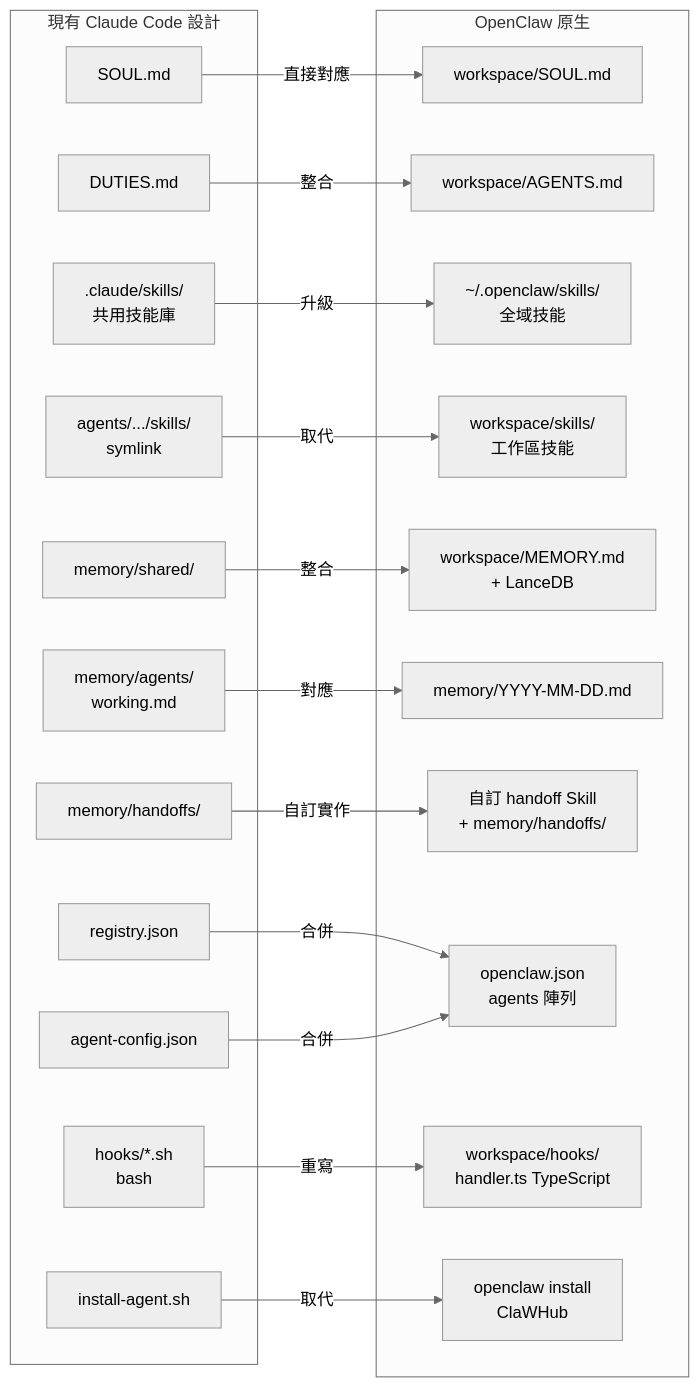
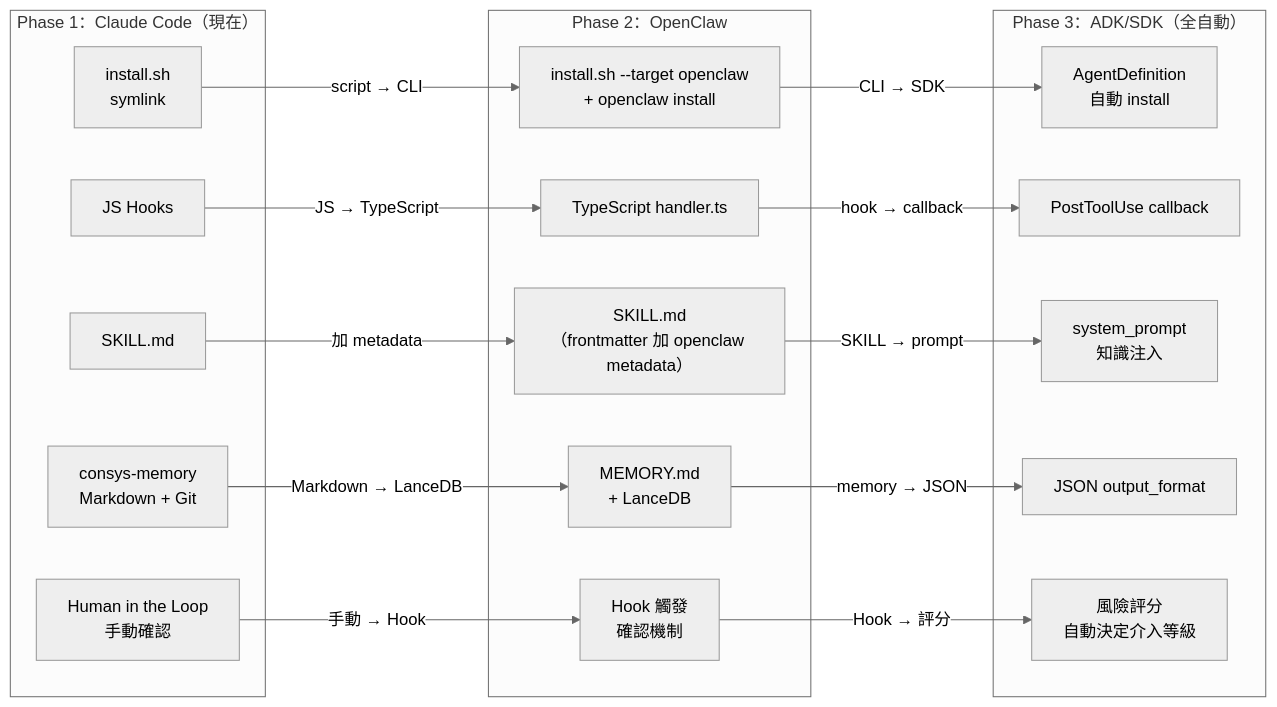
One commit to swchen44/testing changed the fourth of 4 diagrams in agents/agents-design.md. Above: the diagram before and after it, drawn with Mermaid (neutral theme). The commit also changed other lines of this file, not shown here.

First line of the commit message:
docs(design): v2.1 - Harness Engineering 架構、consys-experts 更名、環境變數設計

````diff
--- a/agents/agents-design.md
+++ b/agents/agents-design.md
@@ -714,40 +632,37 @@
 ```mermaid
-graph LR
-    subgraph 現有 Claude Code 設計
-        CC_SOUL[SOUL.md]
-        CC_DUTIES[DUTIES.md]
-        CC_SKILLS[.claude/skills/\n共用技能庫]
-        CC_SYMLINK[agents/.../skills/\nsymlink]
-        CC_MEM_S[memory/shared/]
-        CC_MEM_W[memory/agents/\nworking.md]
-        CC_MEM_H[memory/handoffs/]
-        CC_REG[registry.json]
-        CC_CFG[agent-config.json]
-        CC_HOOK[hooks/*.sh\nbash]
-        CC_INST[install-agent.sh]
+flowchart LR
+    subgraph Phase1["Phase 1：Claude Code（現在）"]
+        P1A[install.sh\nsymlink]
+        P1B[JS Hooks]
+        P1C[SKILL.md]
+        P1D[consys-memory\nMarkdown + Git]
+        P1E[Human in the Loop\n手動確認]
     end
 
-    subgraph OpenClaw 原生
-        OC_SOUL[workspace/SOUL.md]
-        OC_AGENTS[workspace/AGENTS.md]
-        OC_GSKILL[~/.openclaw/skills/\n全域技能]
-        OC_WSKILL[workspace/skills/\n工作區技能]
-        OC_MEMORY[workspace/MEMORY.md\n+ LanceDB]
-        OC_DAILY[memory/YYYY-MM-DD.md]
-        OC_HAND[自訂 handoff Skill\n+ memory/handoffs/]
-        OC_JSON[openclaw.json\nagents 陣列]
-        OC_HOOK[workspace/hooks/\nhandler.ts TypeScript]
-        OC_INST[openclaw install\nClaWHub]
+    subgraph Phase2["Phase 2：OpenClaw"]
+        P2A[install.sh --target openclaw\n+ openclaw install]
+        P2B[TypeScript handler.ts]
+        P2C[SKILL.md\n（frontmatter 加 openclaw metadata）]
+        P2D[MEMORY.md\n+ LanceDB]
+        P2E[Hook 觸發\n確認機制]
     end
 
-    CC_SOUL -->|直接對應| OC_SOUL
-    CC_DUTIES -->|整合| OC_AGENTS
-    CC_SKILLS -->|升級| OC_GSKILL
-    CC_SYMLINK -->|取代| OC_WSKILL
-    CC_MEM_S -->|整合| OC_MEMORY
-    CC_MEM_W -->|對應| OC_DAILY
-    CC_MEM_H -->|自訂實作| OC_HAND
-    CC_REG & CC_CFG -->|合併| OC_JSON
-    CC_HOOK -->|重寫| OC_HOOK
-    CC_INST -->|取代| OC_INST
+    subgraph Phase3["Phase 3：ADK/SDK（全自動）"]
+        P3A[AgentDefinition\n自動 install]
+        P3B[PostToolUse callback]
+        P3C[system_prompt\n知識注入]
+        P3D[JSON output_format]
+        P3E[風險評分\n自動決定介入等級]
+    end
+
+    P1A -->|script → CLI| P2A
+    P1B -->|JS → TypeScript| P2B
+    P1C -->|加 metadata| P2C
+    P1D -->|Markdown → LanceDB| P2D
+    P1E -->|手動 → Hook| P2E
+    P2A -->|CLI → SDK| P3A
+    P2B -->|hook → callback| P3B
+    P2C -->|SKILL → prompt| P3C
+    P2D -->|memory → JSON| P3D
+    P2E -->|Hook → 評分| P3E
 ```
````
